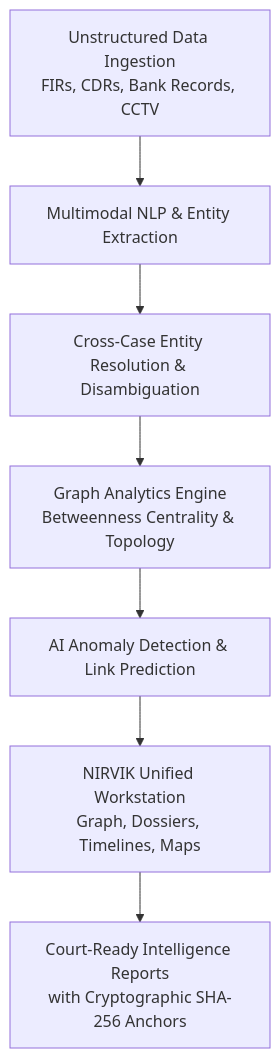
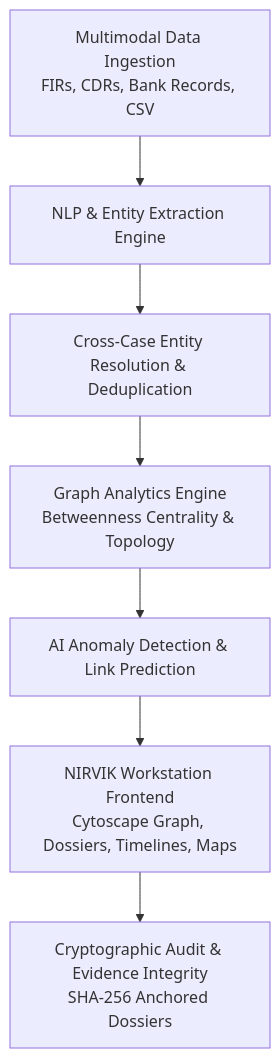
Before and after one commit to AdityaP116/NIRVIK: the diagram in README.md, drawn with Mermaid. The commit also changed other lines of this file, not shown here.

Commit message:
docs: Update README with data generation script instructions and enhanced details

````diff
--- a/README.md
+++ b/README.md
@@ -55,9 +50,9 @@
 ```mermaid
 graph TD
-    A[Unstructured Data Ingestion<br/>FIRs, CDRs, Bank Records, CCTV] --> B[Multimodal NLP & Entity Extraction]
-    B --> C[Cross-Case Entity Resolution & Disambiguation]
+    A[Multimodal Data Ingestion<br/>FIRs, CDRs, Bank Records, CSV] --> B[NLP & Entity Extraction Engine]
+    B --> C[Cross-Case Entity Resolution & Deduplication]
     C --> D[Graph Analytics Engine<br/>Betweenness Centrality & Topology]
     D --> E[AI Anomaly Detection & Link Prediction]
-    E --> F[NIRVIK Unified Workstation<br/>Graph, Dossiers, Timelines, Maps]
-    F --> G[Court-Ready Intelligence Reports<br/>with Cryptographic SHA-256 Anchors]
+    E --> F[NIRVIK Workstation Frontend<br/>Cytoscape Graph, Dossiers, Timelines, Maps]
+    F --> G[Cryptographic Audit & Evidence Integrity<br/>SHA-256 Anchored Dossiers]
 ```
````
